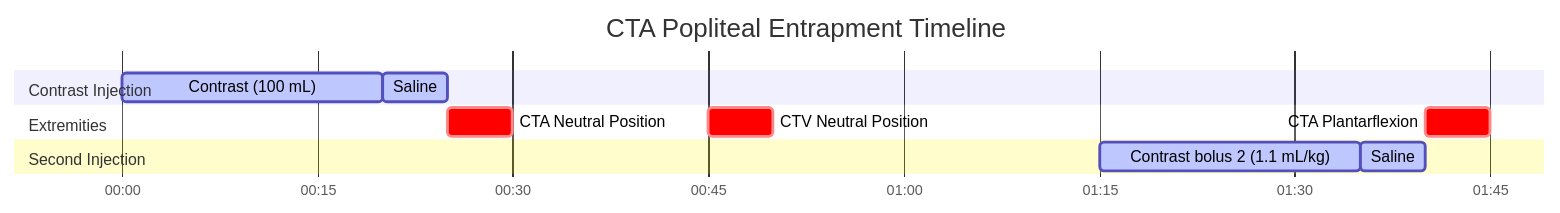
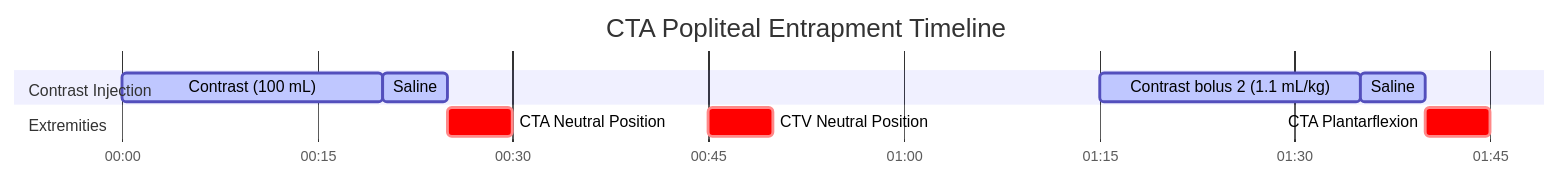
The diagram in docs/ct/vascular/cta-popliteal-entrapment.md (dfergs93/radiology-protocols), drawn with Mermaid before and after one commit. The commit also changed 3 other files, not shown here.

````diff
--- a/docs/ct/vascular/cta-popliteal-entrapment.md
+++ b/docs/ct/vascular/cta-popliteal-entrapment.md
@@ -87,23 +87,23 @@
   ```mermaid
   ---
   displayMode: compact
   config:
     theme: default
     themeCSS: " #Saline{ fill: #4ed5ff; stroke: #2094f3; } "
   ---
     gantt
       title CTA Popliteal Entrapment Timeline
       dateFormat mm:ss
       axisFormat %M:%S 
       
       section Contrast Injection
       Contrast (100 mL)    :active, contrast, 00:00, 20s
       Saline          :active, saline, after contrast, 5s
+      Contrast bolus 2 (1.1 mL/kg)  :active, contrast2, 01:15, 20s
+      Saline                  :active, saline2, after contrast2, 5s
       section Extremities
       CTA Neutral Position    :crit, scan1, after saline, 5s
       CTV Neutral Position    :crit, scan2, 00:45, 5s
       CTA Plantarflexion    :crit, scan3, after saline2, 5s
-      section Second Injection
-      Contrast bolus 2 (1.1 mL/kg)  :active, contrast2, 01:15, 20s
-      Saline                  :active, saline2, after contrast2, 5s
+
   ```
````
